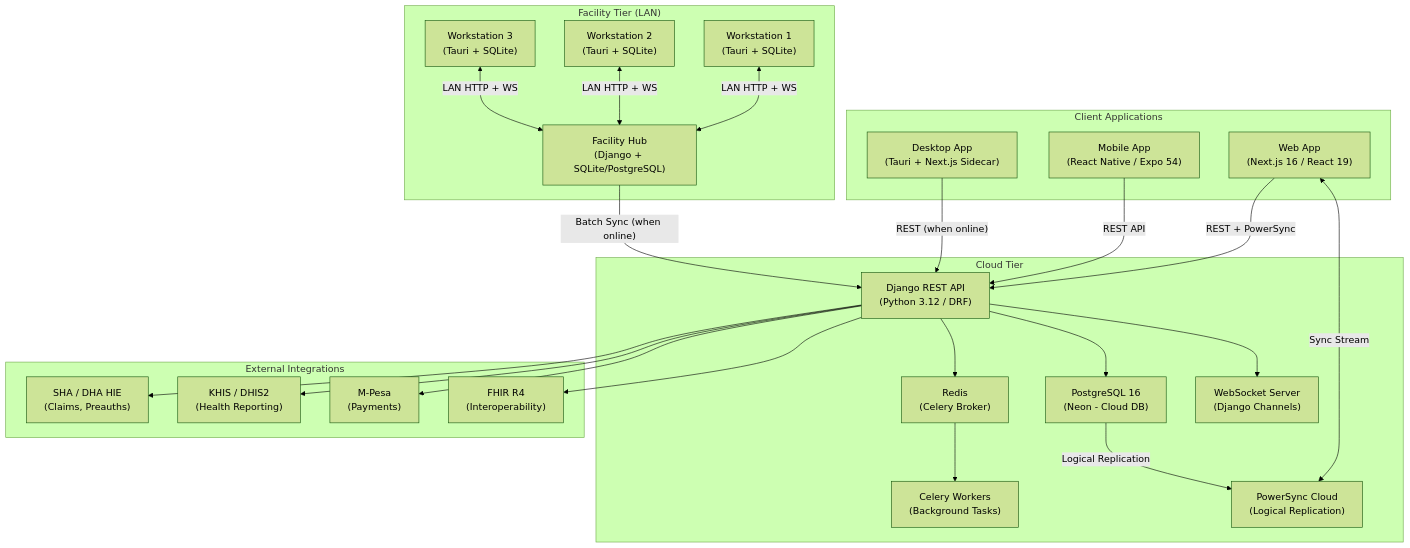
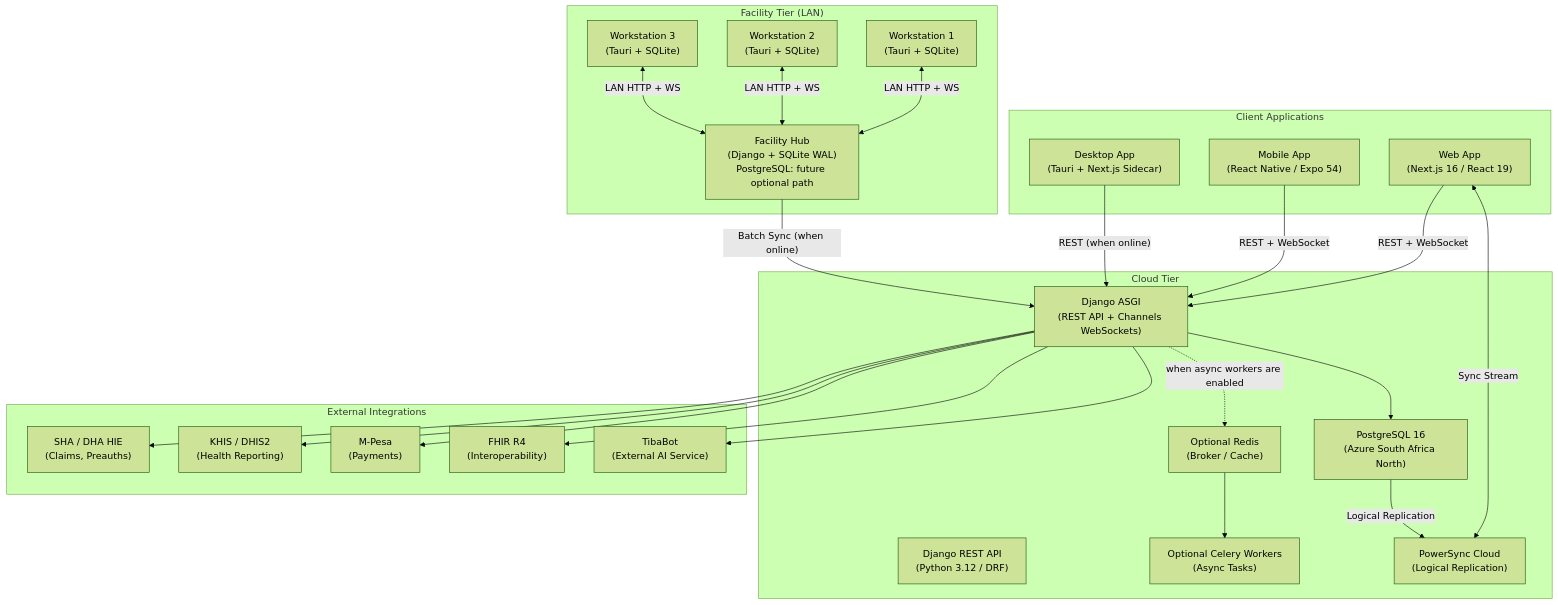
One commit to nexora-africa-ltd/vitora changed the first of 15 diagrams in docs/architecture-diagrams.md. Above: the diagram before and after it, drawn with Mermaid (forest theme). The commit also changed other lines of this file and 6 other files, not shown here.

````diff
--- a/docs/architecture-diagrams.md
+++ b/docs/architecture-diagrams.md
@@ -10,52 +10,53 @@
 ```mermaid
 graph TB
     subgraph Clients["Client Applications"]
         WEB["Web App<br/>(Next.js 16 / React 19)"]
         DESK["Desktop App<br/>(Tauri + Next.js Sidecar)"]
         MOB["Mobile App<br/>(React Native / Expo 54)"]
     end
 
     subgraph Cloud["Cloud Tier"]
         API["Django REST API<br/>(Python 3.12 / DRF)"]
-        PG["PostgreSQL 16<br/>(Neon - Cloud DB)"]
-        REDIS["Redis<br/>(Celery Broker)"]
-        CELERY["Celery Workers<br/>(Background Tasks)"]
+        PG["PostgreSQL 16<br/>(Azure South Africa North)"]
+        REDIS["Optional Redis<br/>(Broker / Cache)"]
+        CELERY["Optional Celery Workers<br/>(Async Tasks)"]
         PS["PowerSync Cloud<br/>(Logical Replication)"]
-        WS["WebSocket Server<br/>(Django Channels)"]
+        ASGI["Django ASGI<br/>(REST API + Channels WebSockets)"]
     end
 
     subgraph Facility["Facility Tier (LAN)"]
-        HUB["Facility Hub<br/>(Django + SQLite/PostgreSQL)"]
+        HUB["Facility Hub<br/>(Django + SQLite WAL)<br/>PostgreSQL: future optional path"]
         PC1["Workstation 1<br/>(Tauri + SQLite)"]
         PC2["Workstation 2<br/>(Tauri + SQLite)"]
         PC3["Workstation 3<br/>(Tauri + SQLite)"]
     end
 
     subgraph External["External Integrations"]
         SHA["SHA / DHA HIE<br/>(Claims, Preauths)"]
         KHIS["KHIS / DHIS2<br/>(Health Reporting)"]
         MPESA["M-Pesa<br/>(Payments)"]
         FHIR["FHIR R4<br/>(Interoperability)"]
+        TIBABOT["TibaBot<br/>(External AI Service)"]
     end
 
-    WEB -->|"REST + PowerSync"| API
+    WEB -->|"REST + WebSocket"| ASGI
     WEB <-->|"Sync Stream"| PS
-    MOB -->|"REST API"| API
-    DESK -->|"REST (when online)"| API
+    MOB -->|"REST + WebSocket"| ASGI
+    DESK -->|"REST (when online)"| ASGI
 
-    API --> PG
-    API --> REDIS
+    ASGI --> PG
+    ASGI -. "when async workers are enabled" .-> REDIS
     REDIS --> CELERY
     PG -->|"Logical Replication"| PS
-    API --> WS
 
-    HUB -->|"Batch Sync (when online)"| API
+    HUB -->|"Batch Sync (when online)"| ASGI
     PC1 <-->|"LAN HTTP + WS"| HUB
     PC2 <-->|"LAN HTTP + WS"| HUB
     PC3 <-->|"LAN HTTP + WS"| HUB
 
-    API --> SHA
-    API --> KHIS
-    API --> MPESA
-    API --> FHIR
+    ASGI --> SHA
+    ASGI --> KHIS
+    ASGI --> MPESA
+    ASGI --> FHIR
+    ASGI --> TIBABOT
 ```
````
